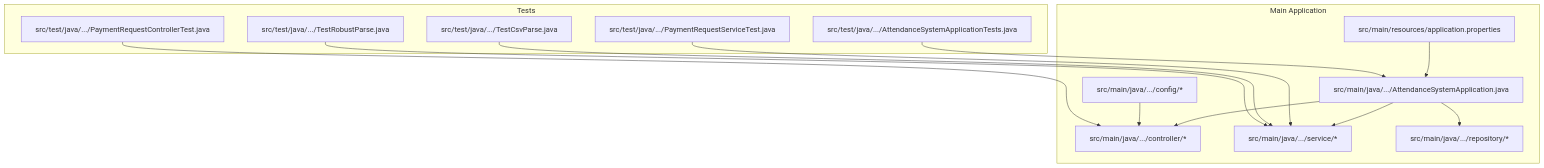
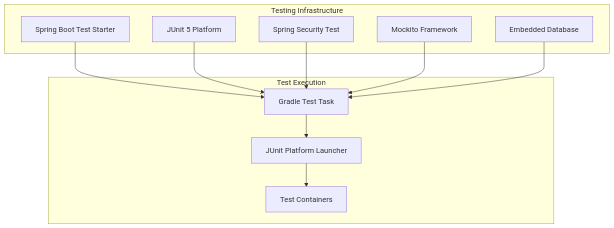
One commit to mhcybroot/Skylink-custom-backend changed the first of 5 diagrams in .qoder/repowiki/en/content/Testing Strategy.md. Above: the diagram before and after it, drawn with Mermaid. The commit also changed other lines of this file and 7 other files, not shown here.

First line of the commit message:
feat(architecture): enhance security, real-time communication, and data access layers

````diff
--- a/.qoder/repowiki/en/content/Testing Strategy.md
+++ b/.qoder/repowiki/en/content/Testing Strategy.md
@@ -38,28 +56,22 @@
 ```mermaid
 graph TB
-subgraph "Main Application"
-A["src/main/java/.../AttendanceSystemApplication.java"]
-B["src/main/java/.../controller/*"]
-C["src/main/java/.../service/*"]
-D["src/main/java/.../repository/*"]
-E["src/main/resources/application.properties"]
-F["src/main/java/.../config/*"]
+subgraph "Testing Infrastructure"
+A["Spring Boot Test Starter"]
+B["JUnit 5 Platform"]
+C["Spring Security Test"]
+D["Mockito Framework"]
+E["Embedded Database"]
 end
-subgraph "Tests"
-T1["src/test/java/.../AttendanceSystemApplicationTests.java"]
-T2["src/test/java/.../PaymentRequestControllerTest.java"]
-T3["src/test/java/.../PaymentRequestServiceTest.java"]
-T4["src/test/java/.../TestCsvParse.java"]
-T5["src/test/java/.../TestRobustParse.java"]
+subgraph "Test Execution"
+F["Gradle Test Task"]
+G["JUnit Platform Launcher"]
+H["Test Containers"]
 end
-A --> B
-A --> C
-A --> D
-F --> B
-E --> A
-T1 --> A
-T2 --> B
-T3 --> C
-T4 --> C
-T5 --> C
+A --> F
+B --> F
+C --> F
+D --> F
+E --> F
+F --> G
+G --> H
 ```
````
